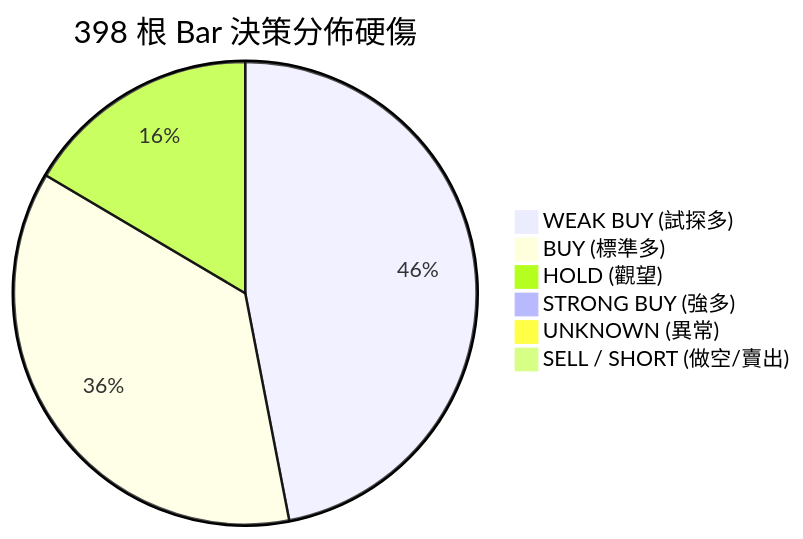
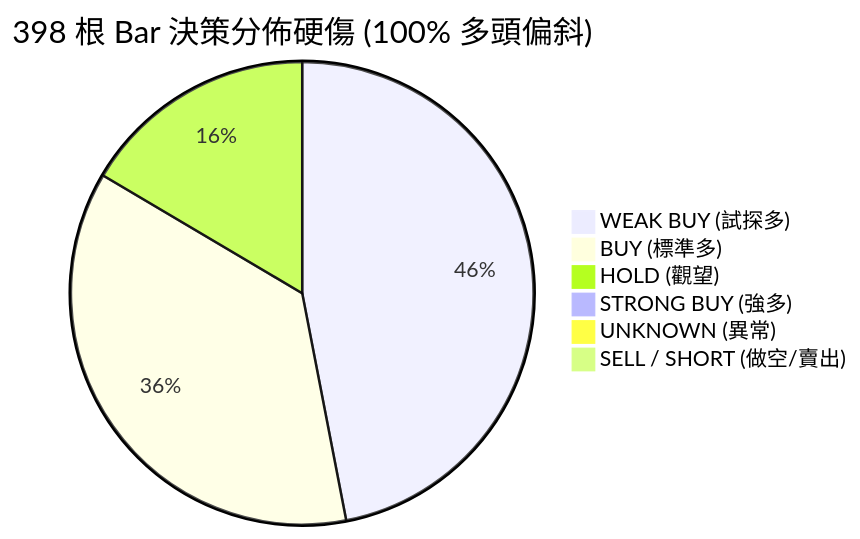
One commit to dimx9173/vibe-trading-encyc changed the first of 5 diagrams in docs/research/vbt-architecture-strategy-improvement-plan.md. Above: the diagram before and after it, drawn with Mermaid. The commit also changed other lines of this file, not shown here.

Commit message:
docs: update improvement plan to v1.5 explicitly detailing 4 root causes of long bias and their architectural solutions

````diff
--- a/docs/research/vbt-architecture-strategy-improvement-plan.md
+++ b/docs/research/vbt-architecture-strategy-improvement-plan.md
@@ -18,9 +18,9 @@
 ```mermaid
-pie title 398 根 Bar 決策分佈硬傷
+pie title 398 根 Bar 決策分佈硬傷 (100% 多頭偏斜)
     "WEAK BUY (試探多)" : 185
     "BUY (標準多)" : 144
     "HOLD (觀望)" : 65
     "STRONG BUY (強多)" : 1
     "UNKNOWN (異常)" : 3
     "SELL / SHORT (做空/賣出)" : 0
 ```
````
